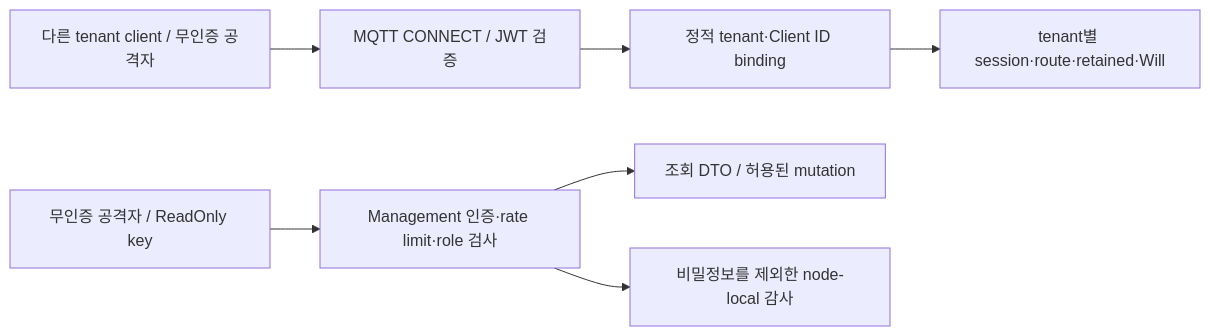
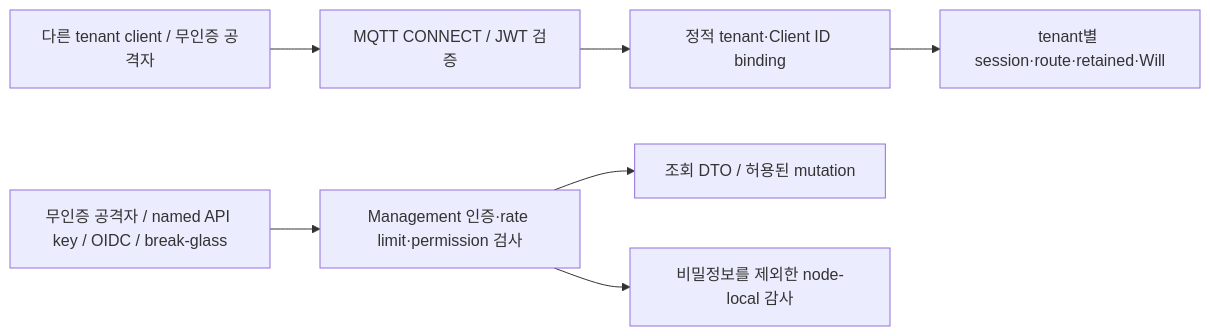
Before and after one commit to kayden-kim/narumq: the diagram in docs/architectures/threat-model.md, drawn with Mermaid. The commit also changed other lines of this file and 52 other files, not shown here.

Commit message:
feat(management): implement SEC-10 OIDC RBAC and audit query

````diff
--- a/docs/architectures/threat-model.md
+++ b/docs/architectures/threat-model.md
@@ -25,9 +25,9 @@
 ```mermaid
 flowchart LR
     Client["다른 tenant client / 무인증 공격자"] --> MQTT["MQTT CONNECT / JWT 검증"]
     MQTT --> Binding["정적 tenant·Client ID binding"]
     Binding --> State["tenant별 session·route·retained·Will"]
-    Manager["무인증 공격자 / ReadOnly key"] --> API["Management 인증·rate limit·role 검사"]
+    Manager["무인증 공격자 / named API key / OIDC / break-glass"] --> API["Management 인증·rate limit·permission 검사"]
     API --> DTO["조회 DTO / 허용된 mutation"]
     API --> Audit["비밀정보를 제외한 node-local 감사"]
 ```
````
